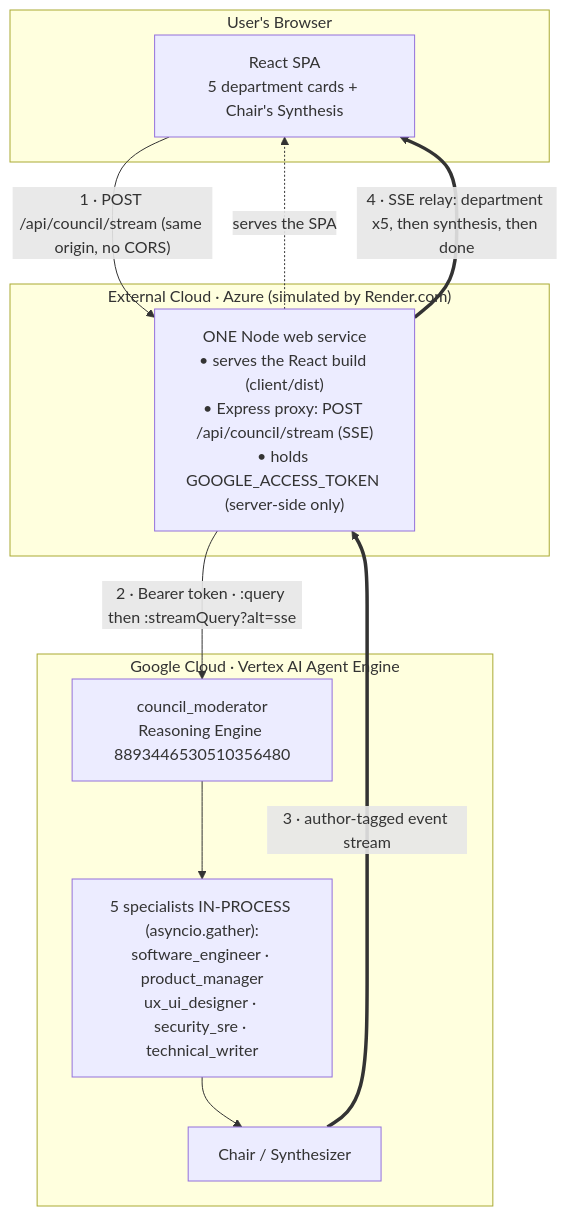
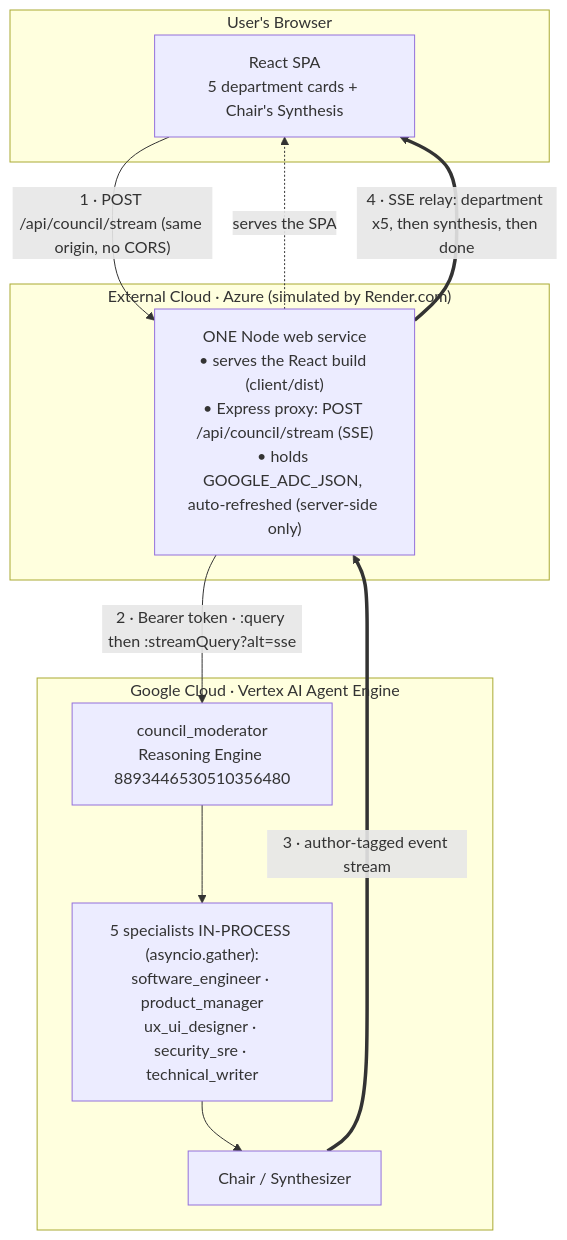
The first of 3 diagrams in ARCHITECTURE.md (simonraj79/council-frontend-render-test), drawn with Mermaid before and after one commit. The commit also changed other lines of this file and 12 other files, not shown here.

First line of the commit message:
Harden auth + streaming: universal auto-refresh credentials, abuse guards, resilient client

````diff
--- a/ARCHITECTURE.md
+++ b/ARCHITECTURE.md
@@ -18,23 +18,23 @@
 ```mermaid
 flowchart TB
     subgraph BROWSER["User's Browser"]
         UI["React SPA<br/>5 department cards + Chair's Synthesis"]
     end
 
     subgraph AZURE["External Cloud · Azure  (simulated by Render.com)"]
-        PROXY["ONE Node web service<br/>• serves the React build (client/dist)<br/>• Express proxy: POST /api/council/stream (SSE)<br/>• holds GOOGLE_ACCESS_TOKEN (server-side only)"]
+        PROXY["ONE Node web service<br/>• serves the React build (client/dist)<br/>• Express proxy: POST /api/council/stream (SSE)<br/>• holds GOOGLE_ADC_JSON, auto-refreshed (server-side only)"]
     end
 
     subgraph GCP["Google Cloud · Vertex AI Agent Engine"]
         ENGINE["council_moderator<br/>Reasoning Engine 8893446530510356480"]
         SPEC["5 specialists IN-PROCESS (asyncio.gather):<br/>software_engineer · product_manager<br/>ux_ui_designer · security_sre · technical_writer"]
         CHAIR["Chair / Synthesizer"]
         ENGINE --> SPEC --> CHAIR
     end
 
     UI -->|"1 · POST /api/council/stream (same origin, no CORS)"| PROXY
     PROXY -.->|"serves the SPA"| UI
     PROXY -->|"2 · Bearer token · :query then :streamQuery?alt=sse"| ENGINE
     CHAIR ==>|"3 · author-tagged event stream"| PROXY
     PROXY ==>|"4 · SSE relay: department x5, then synthesis, then done"| UI
 ```
````
